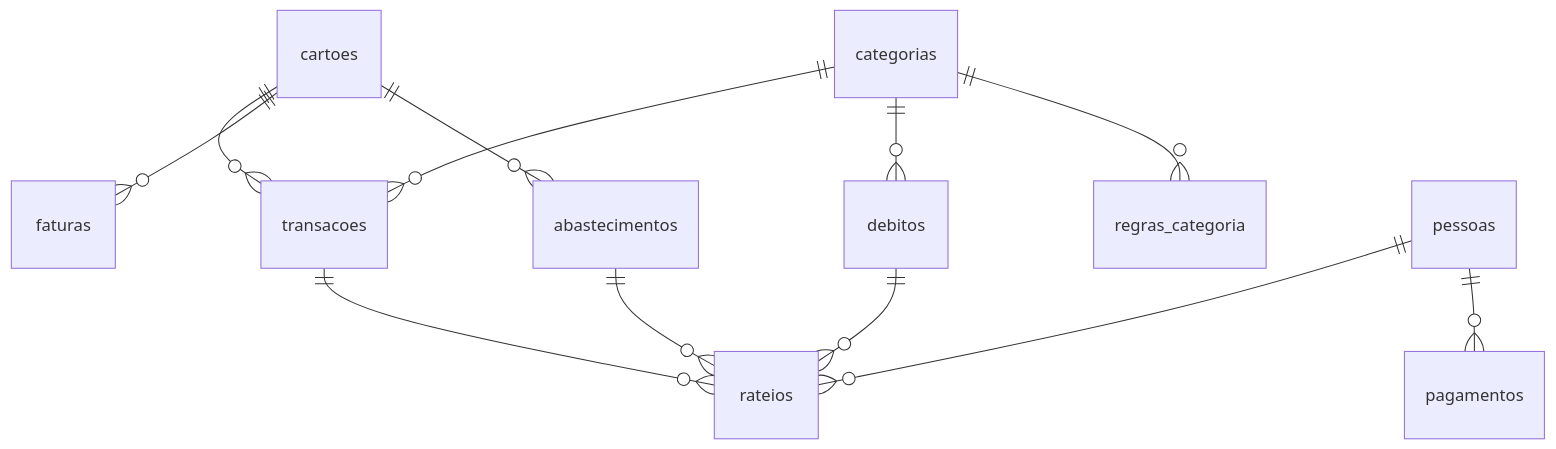
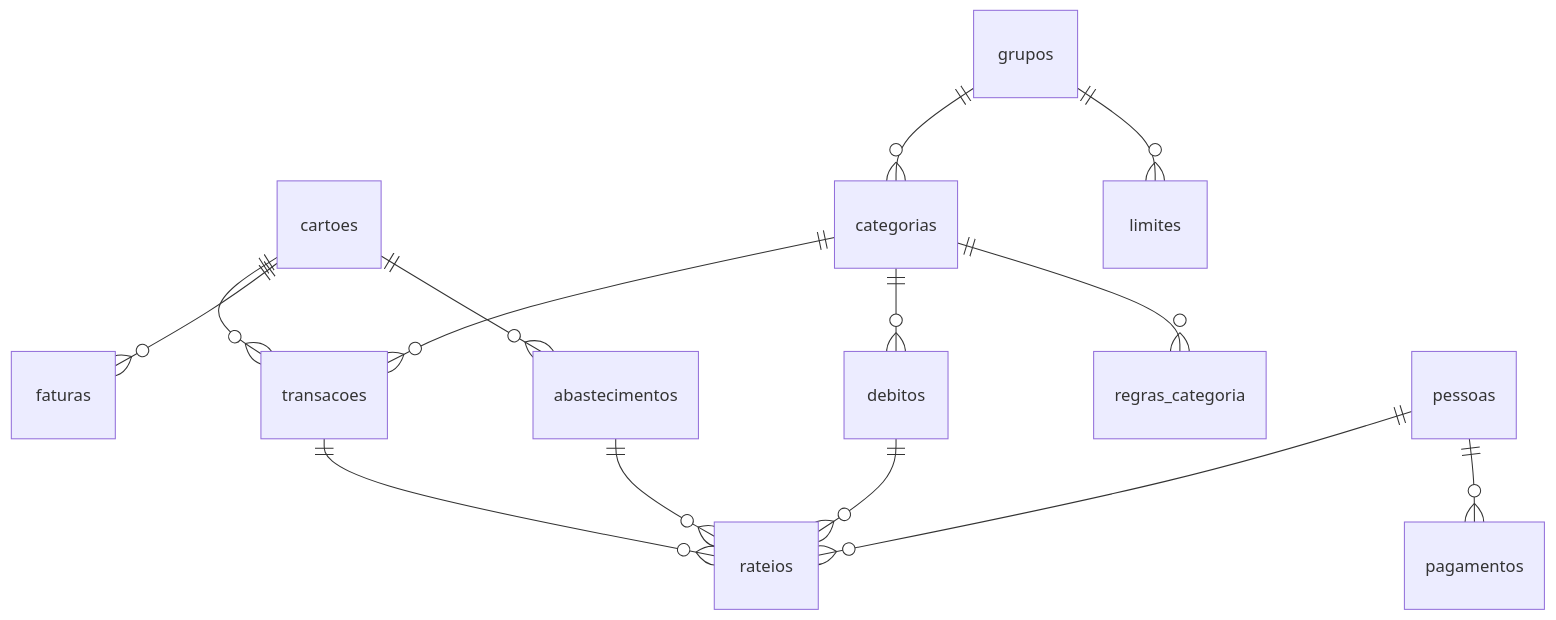
Before and after one commit to HeyDouglas02/Finance-Automation: the diagram in docs/modelo-de-dados.md, drawn with Mermaid. The commit also changed other lines of this file and 7 other files, not shown here.

First line of the commit message:
Orçamento: grupos, limites em reais, reserva, meta e teto de parcelas

````diff
--- a/docs/modelo-de-dados.md
+++ b/docs/modelo-de-dados.md
@@ -7,14 +7,16 @@
 ```mermaid
 erDiagram
   cartoes ||--o{ transacoes : ""
   cartoes ||--o{ faturas : ""
   cartoes ||--o{ abastecimentos : ""
   categorias ||--o{ transacoes : ""
   categorias ||--o{ debitos : ""
   categorias ||--o{ regras_categoria : ""
+  grupos ||--o{ categorias : ""
+  grupos ||--o{ limites : ""
   pessoas ||--o{ rateios : ""
   pessoas ||--o{ pagamentos : ""
   transacoes ||--o{ rateios : ""
   debitos ||--o{ rateios : ""
   abastecimentos ||--o{ rateios : ""
 ```
````
